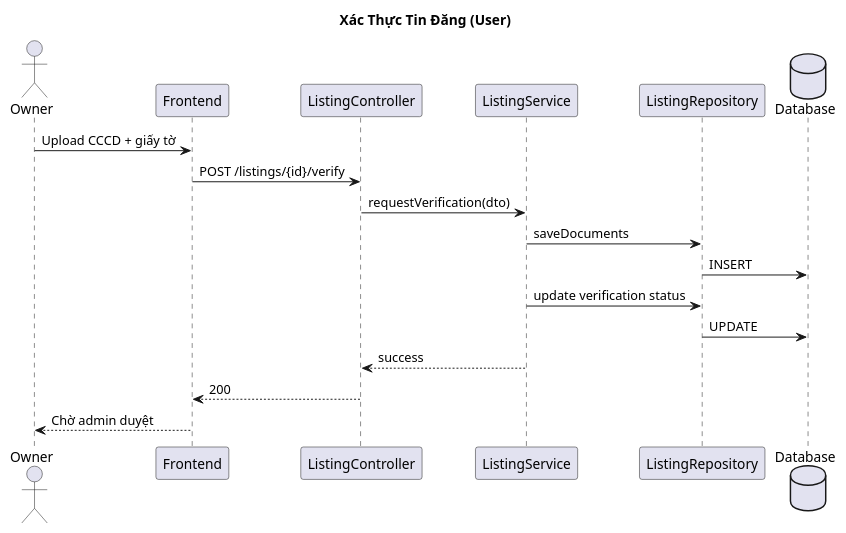
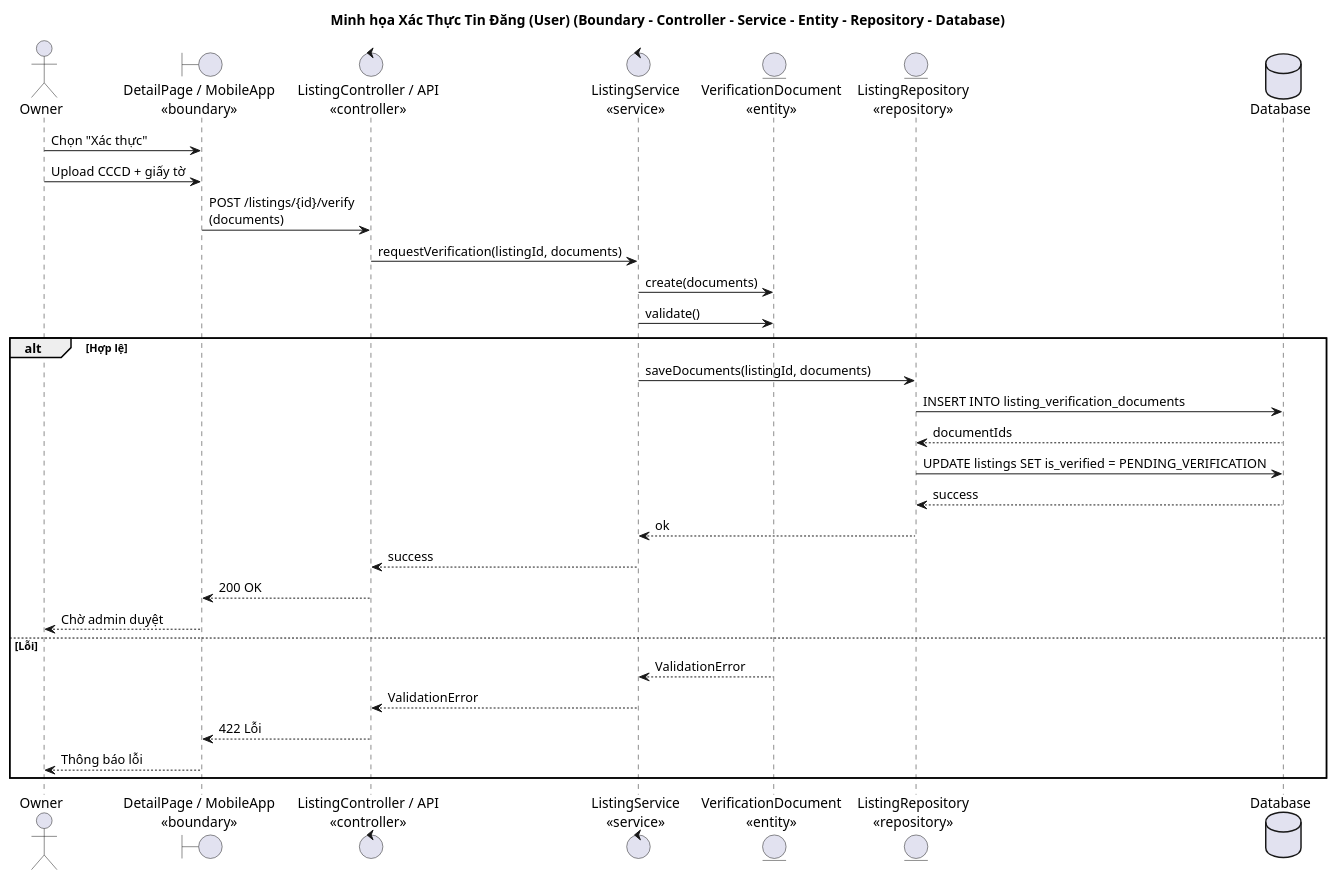
Before and after one commit to BuiThaiBao/Propify: the diagram in docs/sequence-diagram-xac-thuc-tin-dang-user.md, drawn with PlantUML. The commit also changed other lines of this file and 12 other files, not shown here.

Commit message:
feat: update sequence diagrams to include detailed interactions and 3-layer architecture representation

````diff
--- a/docs/sequence-diagram-xac-thuc-tin-dang-user.md
+++ b/docs/sequence-diagram-xac-thuc-tin-dang-user.md
@@ -3,23 +3,37 @@
 ```plantuml
 @startuml
-title Xác Thực Tin Đăng (User)
+title Minh họa Xác Thực Tin Đăng (User) (Boundary - Controller - Service - Entity - Repository - Database)
 
 actor "Owner" as Owner
-participant "Frontend" as FE
-participant "ListingController" as Controller
-participant "ListingService" as Service
-participant "ListingRepository" as Repo
+boundary "DetailPage / MobileApp\n«boundary»" as FE
+control "ListingController / API\n«controller»" as Controller
+control "ListingService\n«service»" as Service
+entity "VerificationDocument\n«entity»" as Entity
+entity "ListingRepository\n«repository»" as Repo
 database "Database" as DB
 
+Owner -> FE: Chọn "Xác thực"
 Owner -> FE: Upload CCCD + giấy tờ
-FE -> Controller: POST /listings/{id}/verify
-Controller -> Service: requestVerification(dto)
-Service -> Repo: saveDocuments
-Repo -> DB: INSERT
-Service -> Repo: update verification status
-Repo -> DB: UPDATE
-Service --> Controller: success
-Controller --> FE: 200
-FE --> Owner: Chờ admin duyệt
+FE -> Controller: POST /listings/{id}/verify\n(documents)
+Controller -> Service: requestVerification(listingId, documents)
+Service -> Entity: create(documents)
+Service -> Entity: validate()
+
+alt Hợp lệ
+  Service -> Repo: saveDocuments(listingId, documents)
+  Repo -> DB: INSERT INTO listing_verification_documents
+  DB --> Repo: documentIds
+  Repo -> DB: UPDATE listings SET is_verified = PENDING_VERIFICATION
+  DB --> Repo: success
+  Repo --> Service: ok
+  Service --> Controller: success
+  Controller --> FE: 200 OK
+  FE --> Owner: Chờ admin duyệt
+else Lỗi
+  Entity --> Service: ValidationError
+  Service --> Controller: ValidationError
+  Controller --> FE: 422 Lỗi
+  FE --> Owner: Thông báo lỗi
+end
 @enduml
 ```
````
